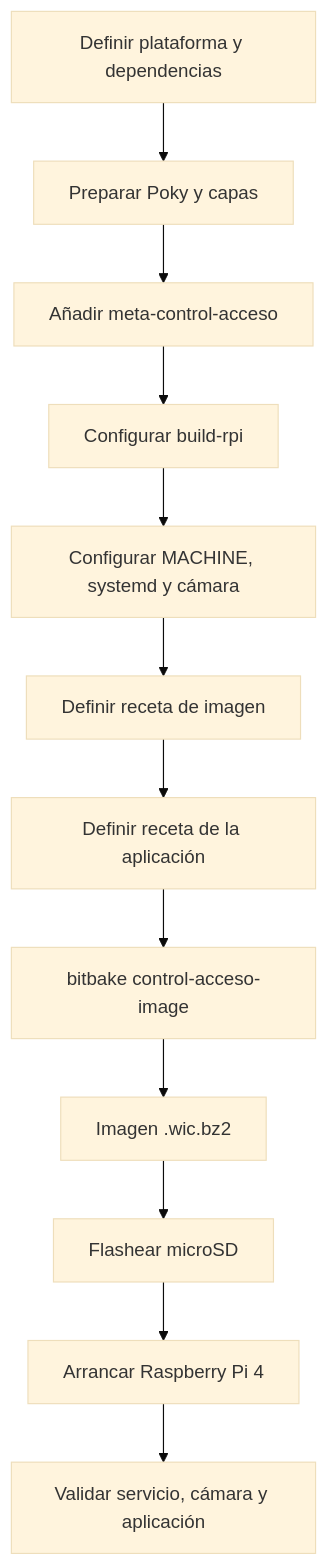
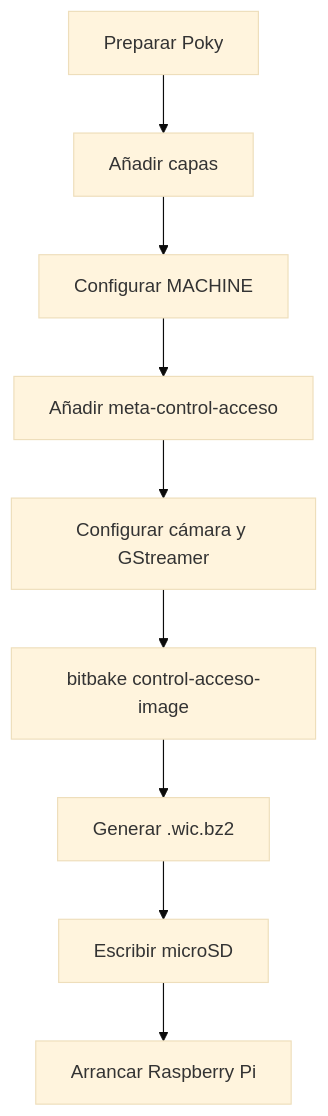
The third of 7 diagrams in docs/10_fundamentos_yocto_gstreamer.md (VeroC25/Project_1_Embebidos), drawn with Mermaid (base theme) before and after one commit. The commit also changed other lines of this file, not shown here.

````diff
--- a/docs/10_fundamentos_yocto_gstreamer.md
+++ b/docs/10_fundamentos_yocto_gstreamer.md
@@ -51,14 +395,11 @@
 ```mermaid
 flowchart TD
-    A["Definir plataforma y dependencias"] --> B["Preparar Poky y capas"]
-    B --> C["Añadir meta-control-acceso"]
-    C --> D["Configurar build-rpi"]
-    D --> E["Configurar MACHINE, systemd y cámara"]
-    E --> F["Definir receta de imagen"]
-    F --> G["Definir receta de la aplicación"]
-    G --> H["bitbake control-acceso-image"]
-    H --> I["Imagen .wic.bz2"]
-    I --> J["Flashear microSD"]
-    J --> K["Arrancar Raspberry Pi 4"]
-    K --> L["Validar servicio, cámara y aplicación"]
+    A["Preparar Poky"] --> B["Añadir capas"]
+    B --> C["Configurar MACHINE"]
+    C --> D["Añadir meta-control-acceso"]
+    D --> E["Configurar cámara y GStreamer"]
+    E --> F["bitbake control-acceso-image"]
+    F --> G["Generar .wic.bz2"]
+    G --> H["Escribir microSD"]
+    H --> I["Arrancar Raspberry Pi"]
 ```
````
